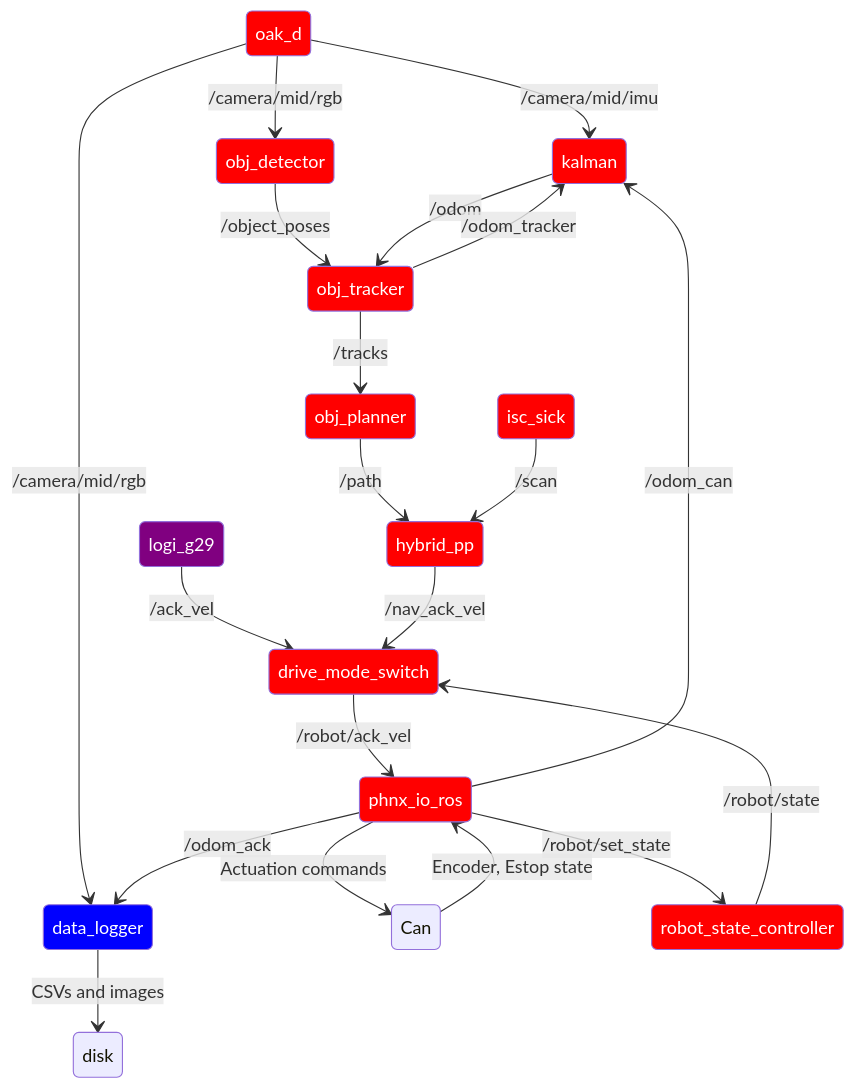
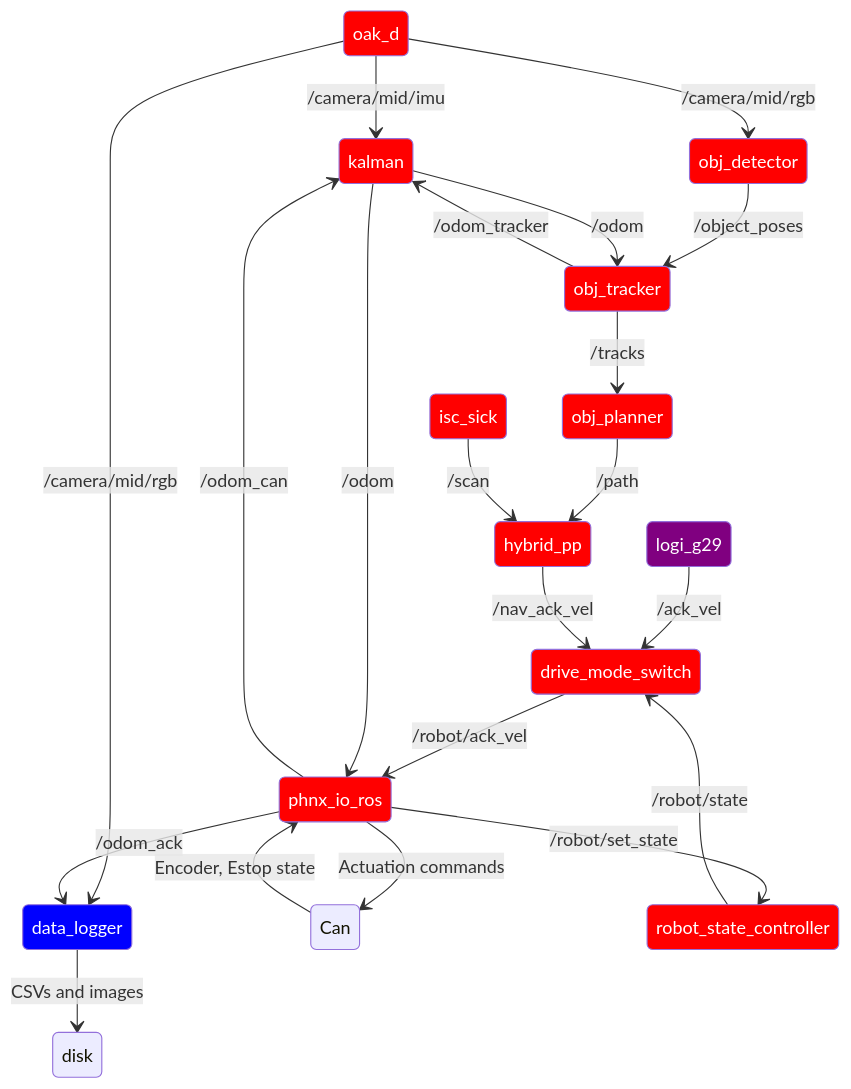
The diagram in software/ros/phoenix_robot.md (ISC-Project-Phoenix/design), drawn with Mermaid before and after one commit.

Commit message:
Update phoenix_robot.md
Doc that phnx_io_ros should have odom now for controller

````diff
--- a/software/ros/phoenix_robot.md
+++ b/software/ros/phoenix_robot.md
@@ -24,41 +24,43 @@
 ```mermaid
 stateDiagram-v2
     classDef common color:white,fill:red
     classDef data color:white,fill:blue
     classDef prod color:white,fill:black
     classDef util color:white,fill:purple
 
     %% Hardware interfaces
     oak_d:::common --> data_logger:::data: /camera/mid/rgb
     Can --> phnx_io_ros:::common: Encoder, Estop state
     phnx_io_ros:::common --> Can: Actuation commands
     
     %% command controllers
     drive_mode_switch:::common --> phnx_io_ros:::common: /robot/ack_vel
     logi_g29:::util --> drive_mode_switch:::common: /ack_vel
     
     %% state control
     phnx_io_ros:::common --> robot_state_controller:::common: /robot/set_state
     robot_state_controller:::common --> drive_mode_switch:::common: /robot/state
 
     %% logging
     phnx_io_ros:::common --> data_logger:::data: /odom_ack
     data_logger:::data --> disk: CSVs and images
 
     %% Localisation
     phnx_io_ros:::common --> kalman:::common: /odom_can
     oak_d:::common --> kalman:::common: /camera/mid/imu
 
     %% new stuff
     oak_d:::common --> obj_detector:::common: /camera/mid/rgb
     obj_detector:::common --> obj_tracker:::common: /object_poses
 
     kalman:::common --> obj_tracker:::common: /odom
     obj_tracker:::common --> kalman:::common: /odom_tracker
     obj_tracker:::common --> obj_planner:::common: /tracks
 
     obj_planner:::common --> hybrid_pp:::common: /path
     hybrid_pp:::common --> drive_mode_switch: /nav_ack_vel
 
     isc_sick:::common --> hybrid_pp:::common: /scan
+
+    kalman:::common --> phnx_io_ros: /odom
 ```
````
